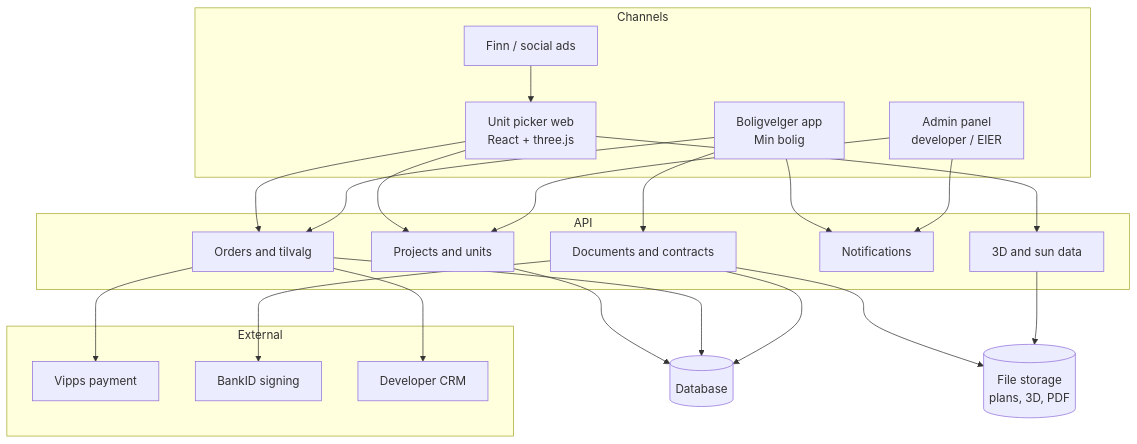
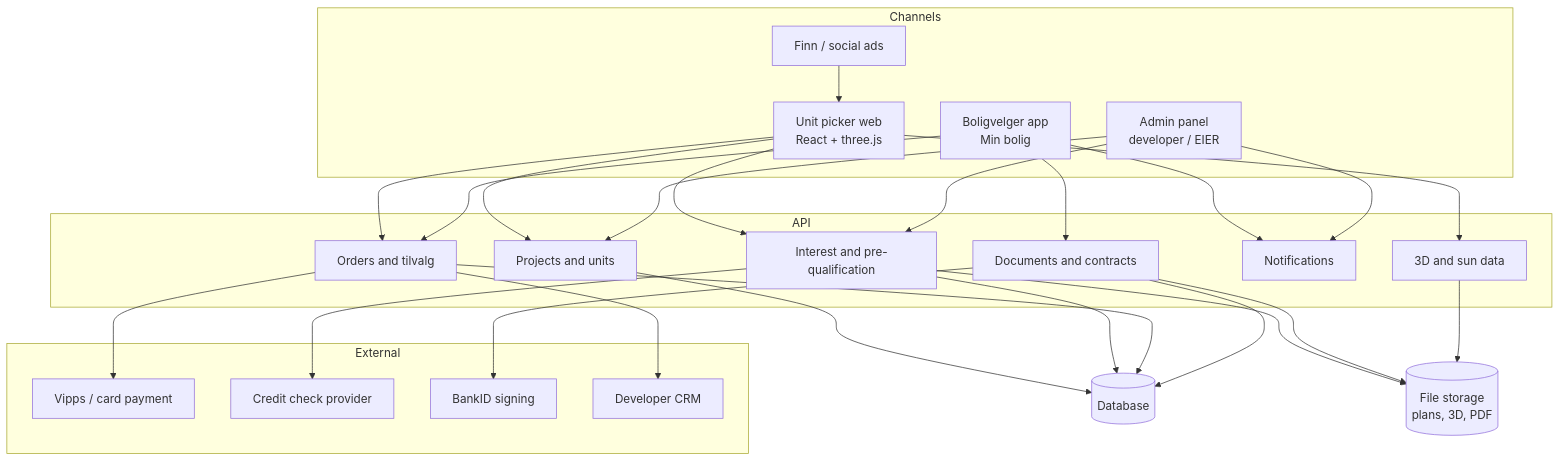
One commit to kremflote/Borettslaget changed the second of 3 diagrams in docs/project/Architecture.md. Above: the diagram before and after it, drawn with Mermaid. The commit also changed other lines of this file and 9 other files, not shown here.

First line of the commit message:
Design Sprint: record group decisions on interest-first flow and scope

````diff
--- a/docs/project/Architecture.md
+++ b/docs/project/Architecture.md
@@ -35,32 +36,36 @@
 ```mermaid
 flowchart TB
   subgraph Channels
     Web[Unit picker web<br/>React + three.js]
     App[Boligvelger app<br/>Min bolig]
     Admin[Admin panel<br/>developer / EIER]
     Ads[Finn / social ads]
   end
   subgraph API
     Proj[Projects and units]
+    Int[Interest and pre-qualification]
     Ord[Orders and tilvalg]
     Doc[Documents and contracts]
     Not[Notifications]
     Viz[3D and sun data]
   end
   subgraph External
-    Vipps[Vipps payment]
+    Vipps[Vipps / card payment]
+    Credit[Credit check provider]
     Sign[BankID signing]
     CRM[Developer CRM]
   end
   DB[(Database)]
   Files[(File storage<br/>plans, 3D, PDF)]
   Ads --> Web
-  Web --> Proj & Ord & Viz
+  Web --> Proj & Int & Ord & Viz
+  Int --> Credit
+  Int --> Files
   App --> Doc & Ord & Not
-  Admin --> Proj & Not
+  Admin --> Proj & Int & Not
   Ord --> Vipps
   Doc --> Sign
   Ord --> CRM
-  Proj & Ord & Doc --> DB
+  Proj & Int & Ord & Doc --> DB
   Doc & Viz --> Files
 ```
````
